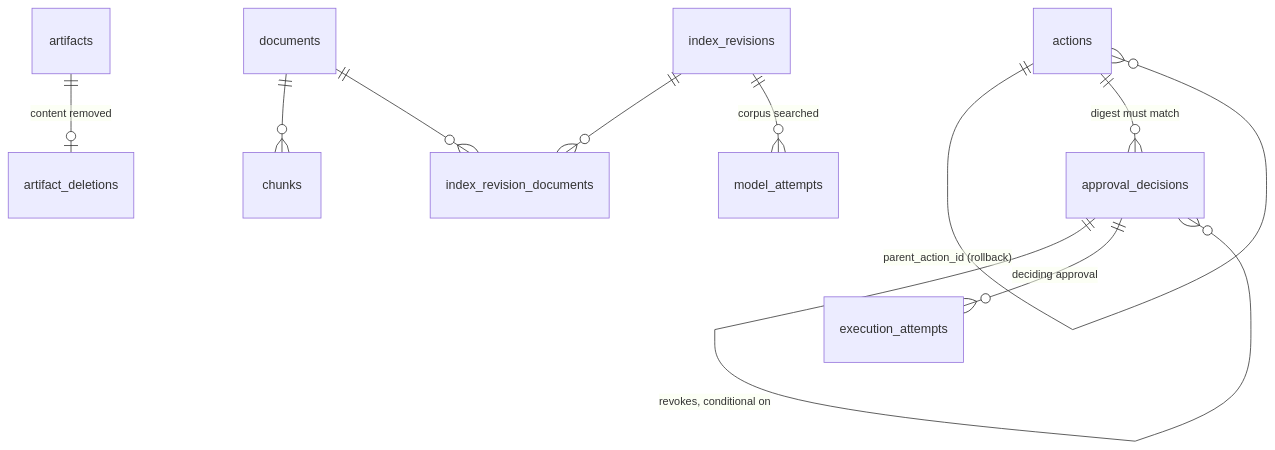
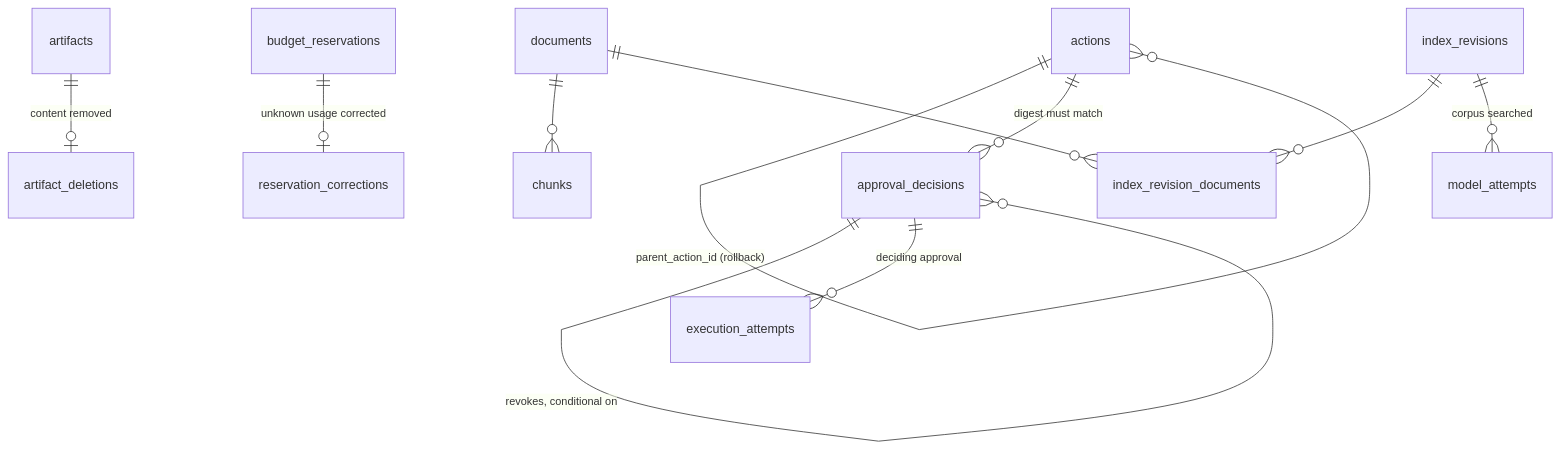
Before and after one commit to LovishMahajan/incident-copilot: the diagram in docs/layers/layer-07-data-apis-events/artifact-07-data-and-interface-specification.md, drawn with Mermaid. The commit also changed other lines of this file and 49 other files, not shown here.

````diff
--- a/docs/layers/layer-07-data-apis-events/artifact-07-data-and-interface-specification.md
+++ b/docs/layers/layer-07-data-apis-events/artifact-07-data-and-interface-specification.md
@@ -119,12 +129,13 @@
 ```mermaid
 erDiagram
     actions ||--o{ actions : "parent_action_id (rollback)"
     actions ||--o{ approval_decisions : "digest must match"
     approval_decisions ||--o{ approval_decisions : "revokes, conditional on"
     approval_decisions ||--o{ execution_attempts : "deciding approval"
     artifacts ||--o| artifact_deletions : "content removed"
+    budget_reservations ||--o| reservation_corrections : "unknown usage corrected"
     documents ||--o{ chunks : ""
     index_revisions ||--o{ index_revision_documents : ""
     documents ||--o{ index_revision_documents : ""
     index_revisions ||--o{ model_attempts : "corpus searched"
 ```
````
